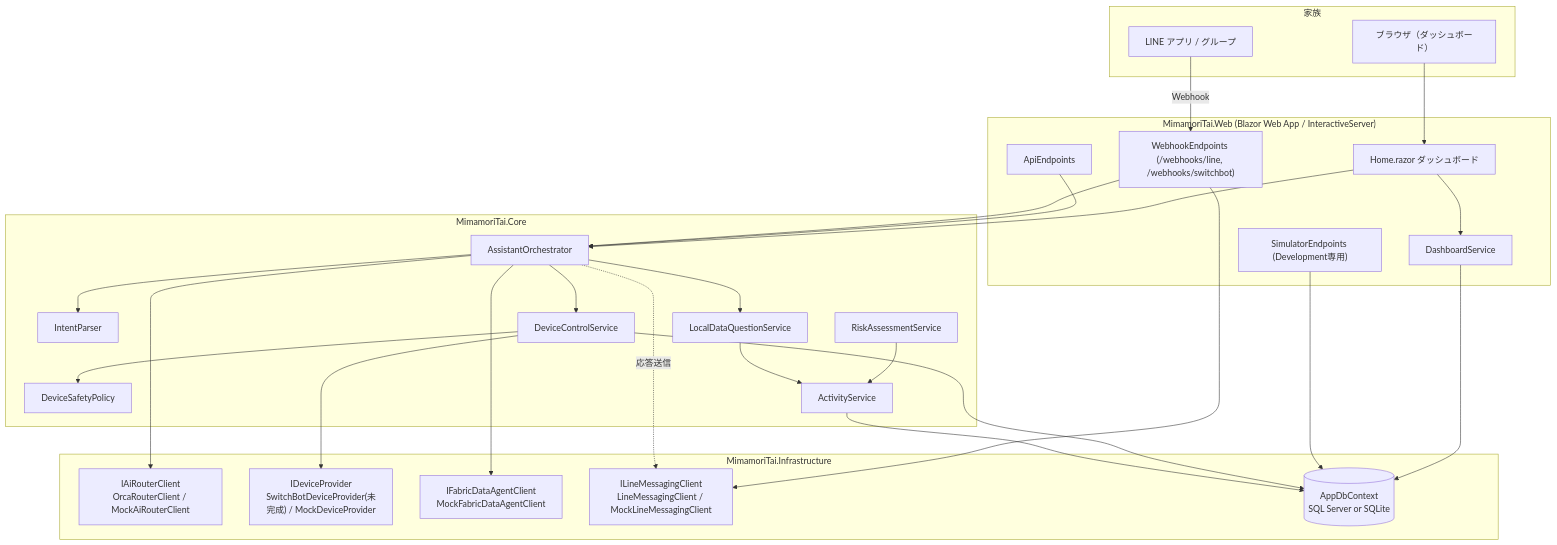
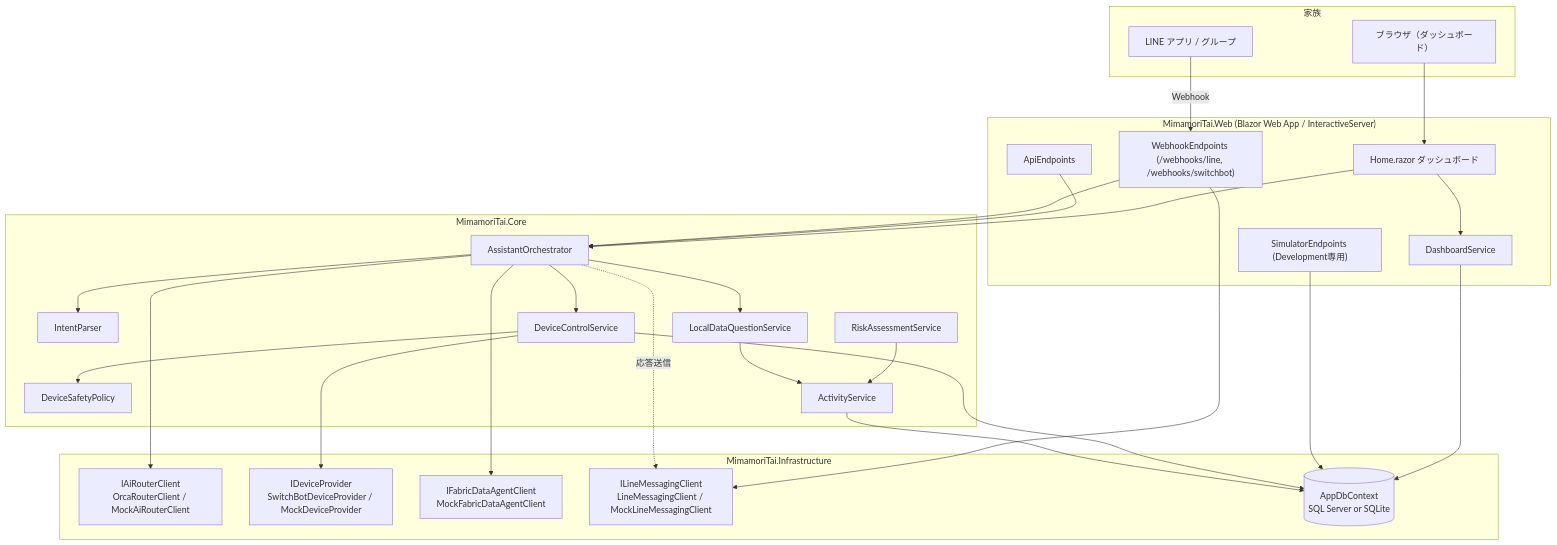
The diagram in README.md (monoqlo78/mimamoritai-careroute-ai), drawn with Mermaid before and after one commit. The commit also changed other lines of this file and 16 other files, not shown here.

````diff
--- a/README.md
+++ b/README.md
@@ -20,55 +20,55 @@
 ```mermaid
 flowchart TB
     subgraph Family["家族"]
         LineApp["LINE アプリ / グループ"]
         Browser["ブラウザ（ダッシュボード）"]
     end
 
     subgraph Web["MimamoriTai.Web (Blazor Web App / InteractiveServer)"]
         Home["Home.razor ダッシュボード"]
         ApiEp["ApiEndpoints"]
         WebhookEp["WebhookEndpoints (/webhooks/line, /webhooks/switchbot)"]
         SimEp["SimulatorEndpoints (Development専用)"]
         DashSvc["DashboardService"]
     end
 
     subgraph Core["MimamoriTai.Core"]
         Orchestrator["AssistantOrchestrator"]
         IntentParser["IntentParser"]
         SafetyPolicy["DeviceSafetyPolicy"]
         ControlSvc["DeviceControlService"]
         RiskSvc["RiskAssessmentService"]
         ActivitySvc["ActivityService"]
         LocalQA["LocalDataQuestionService"]
     end
 
     subgraph Infra["MimamoriTai.Infrastructure"]
         Ai["IAiRouterClient\nOrcaRouterClient / MockAiRouterClient"]
-        Device["IDeviceProvider\nSwitchBotDeviceProvider(未完成) / MockDeviceProvider"]
+        Device["IDeviceProvider\nSwitchBotDeviceProvider / MockDeviceProvider"]
         Fabric["IFabricDataAgentClient\nMockFabricDataAgentClient"]
         Line["ILineMessagingClient\nLineMessagingClient / MockLineMessagingClient"]
         Db[("AppDbContext\nSQL Server or SQLite")]
     end
 
     LineApp -- Webhook --> WebhookEp
     Browser --> Home
     Home --> DashSvc --> Db
     Home --> Orchestrator
     ApiEp --> Orchestrator
     WebhookEp --> Orchestrator
     SimEp --> Db
 
     Orchestrator --> IntentParser
     Orchestrator --> Ai
     Orchestrator --> ControlSvc
     Orchestrator --> LocalQA
     Orchestrator --> Fabric
     ControlSvc --> SafetyPolicy
     ControlSvc --> Device
     ControlSvc --> Db
     RiskSvc --> ActivitySvc --> Db
     LocalQA --> ActivitySvc
 
     WebhookEp --> Line
     Orchestrator -.応答送信.-> Line
 ```
````
